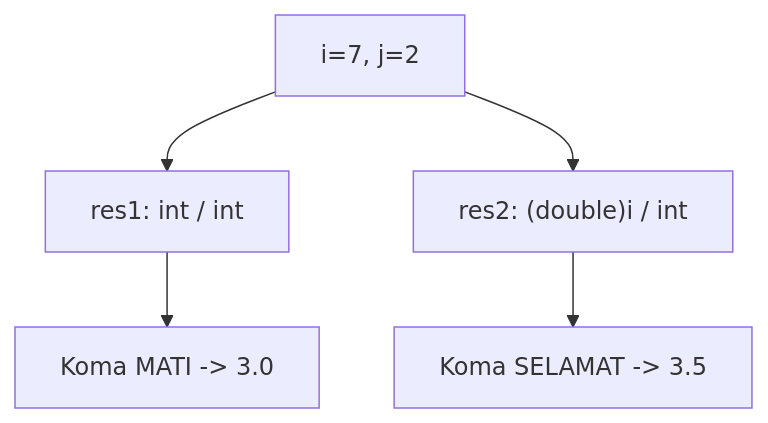
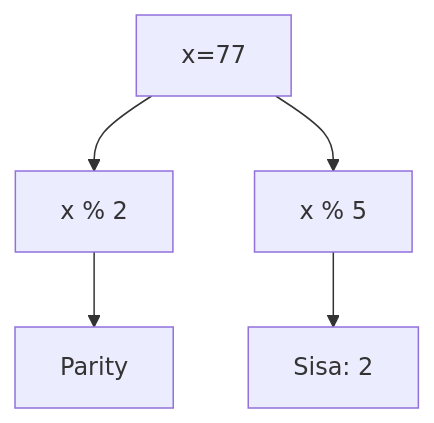
The first of 25 diagrams in part-c-pemahaman-cpp/01-tipe-data/latihan/set-09.md (amnahwaida/OSNK_INF_PREP), drawn with Mermaid before and after one commit. The commit also changed other lines of this file and 71 other files, not shown here.

````diff
--- a/part-c-pemahaman-cpp/01-tipe-data/latihan/set-09.md
+++ b/part-c-pemahaman-cpp/01-tipe-data/latihan/set-09.md
@@ -25,7 +23,7 @@
 ```mermaid
 graph TD
-    A["i=7, j=2"] --> B["res1: int / int"]
-    B --> C["Koma MATI -> 3.0"]
-    A --> D["res2: (double)i / int"]
-    D --> E["Koma SELAMAT -> 3.5"]
+A[x=77] --> B[x % 2]
+B --> C[Parity]
+A --> D[x % 5]
+D --> E[Sisa: 2]
 ```
````
